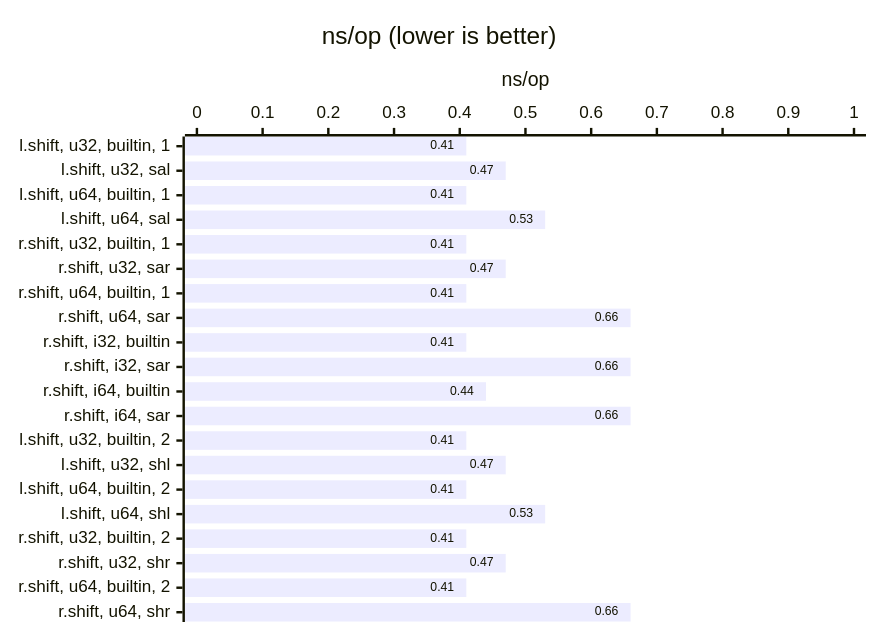
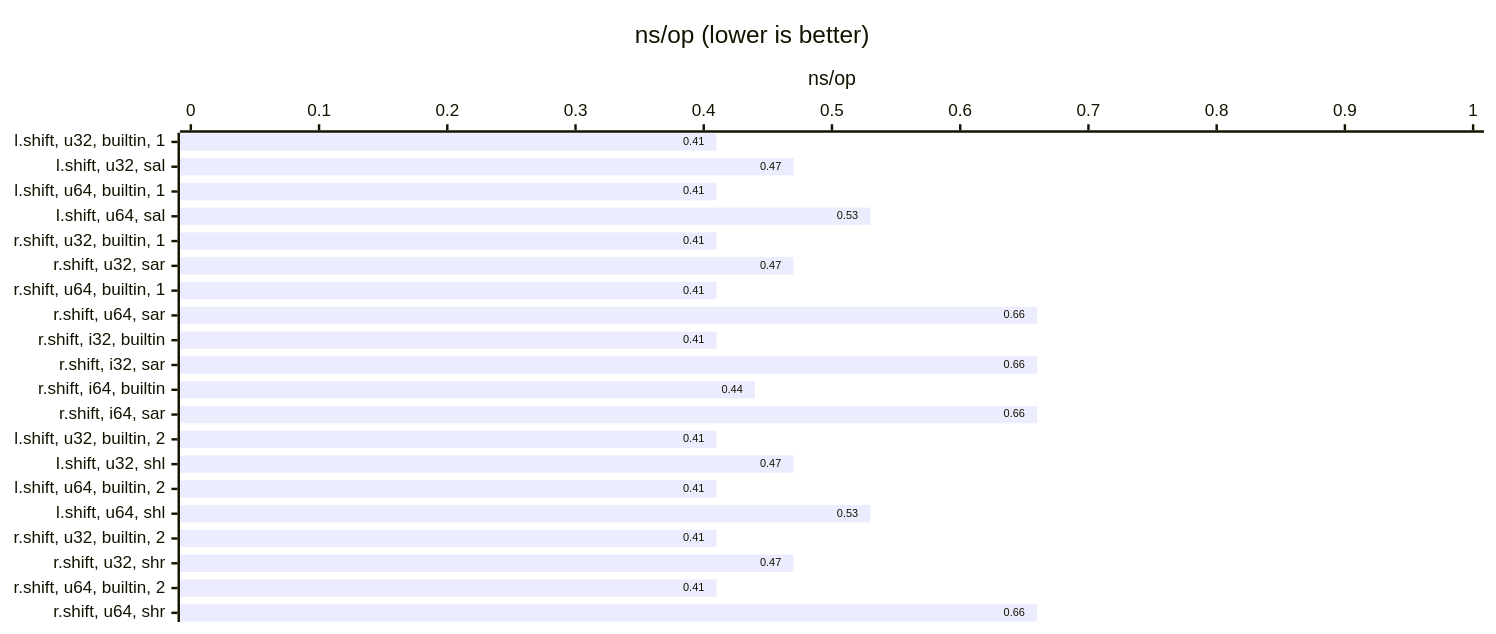
The second of 44 diagrams in Benchmarks.md (ttldtor/bits), drawn with Mermaid before and after one commit. The commit also changed other lines of this file and 1 other file, not shown here.

````diff
--- a/Benchmarks.md
+++ b/Benchmarks.md
@@ -73,15 +74,16 @@
 ```mermaid
 ---
 config:
     xyChart:
         showDataLabel: true
+        width: 1200
     yAxis:
         showLabel: false
         showAxisLine: false
 ---
 xychart-beta horizontal
 title "ns/op (lower is better)"
 y-axis "ns/op" 0 --> 1
 x-axis ["l.shift, u32, builtin, 1", "l.shift, u32, sal", "l.shift, u64, builtin, 1", "l.shift, u64, sal", "r.shift, u32, builtin, 1", "r.shift, u32, sar", "r.shift, u64, builtin, 1", "r.shift, u64, sar", "r.shift, i32, builtin", "r.shift, i32, sar", "r.shift, i64, builtin", "r.shift, i64, sar", "l.shift, u32, builtin, 2", "l.shift, u32, shl", "l.shift, u64, builtin, 2", "l.shift, u64, shl", "r.shift, u32, builtin, 2", "r.shift, u32, shr", "r.shift, u64, builtin, 2", "r.shift, u64, shr"]
 bar [0.41, 0.47, 0.41, 0.53, 0.41, 0.47, 0.41, 0.66, 0.41, 0.66, 0.44, 0.66, 0.41, 0.47, 0.41, 0.53, 0.41, 0.47, 0.41, 0.66]
 ```
````
